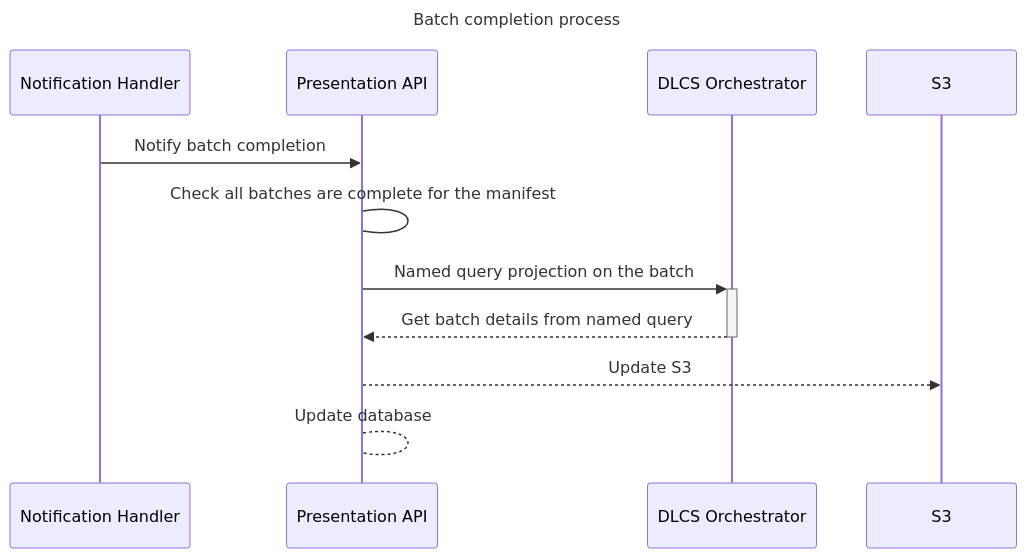
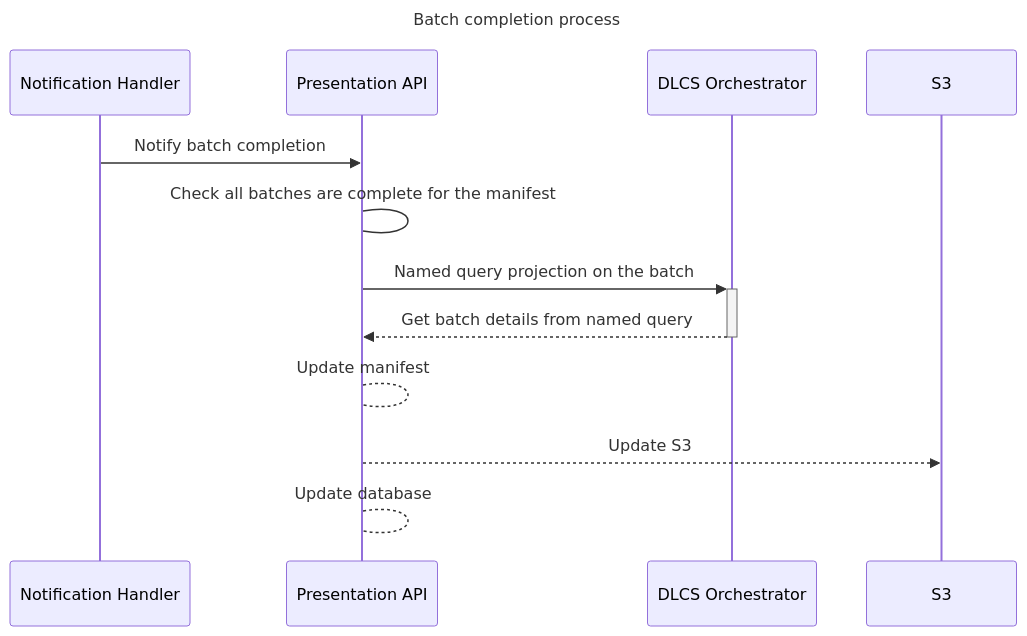
One commit to dlcs/iiif-presentation changed the diagram in docs/rfcs/0002-batch-completion.md. Above: the diagram before and after it, drawn with Mermaid.

Commit message:
update mermaid with update manifest

````diff
--- a/docs/rfcs/0002-batch-completion.md
+++ b/docs/rfcs/0002-batch-completion.md
@@ -19,16 +19,17 @@
 ```mermaid
 ---
 title: Batch completion process
 ---
 sequenceDiagram
     participant NH as Notification Handler 
     participant P as Presentation API
     participant DO as DLCS Orchestrator
     participant S as S3
     NH ->> P: Notify batch completion
     P -> P: Check all batches are complete for the manifest
     P ->>+ DO: Named query projection on the batch
     DO -->>- P: Get batch details from named query
+    P --> P: Update manifest
     P -->> S: Update S3
     P --> P: Update database
 ```
````
